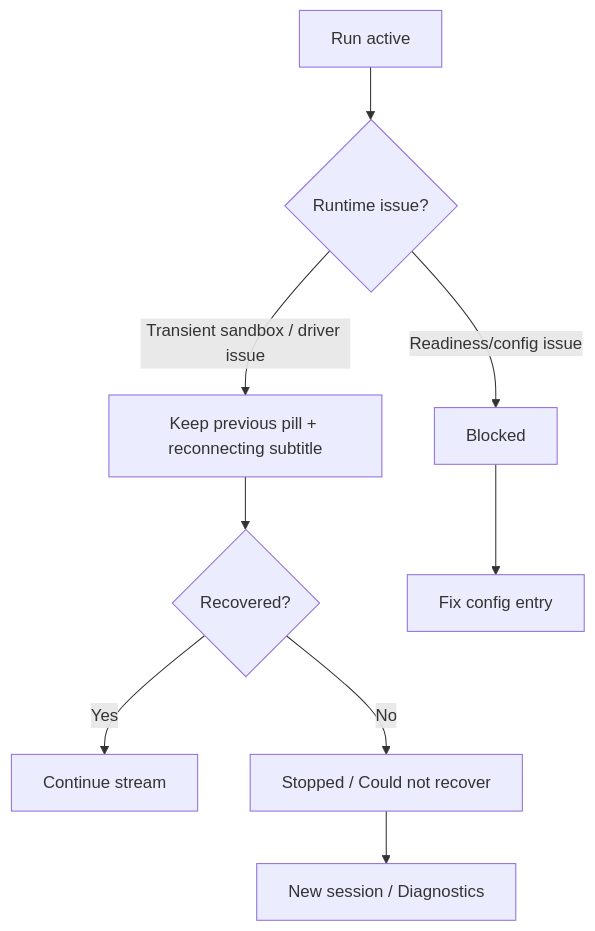
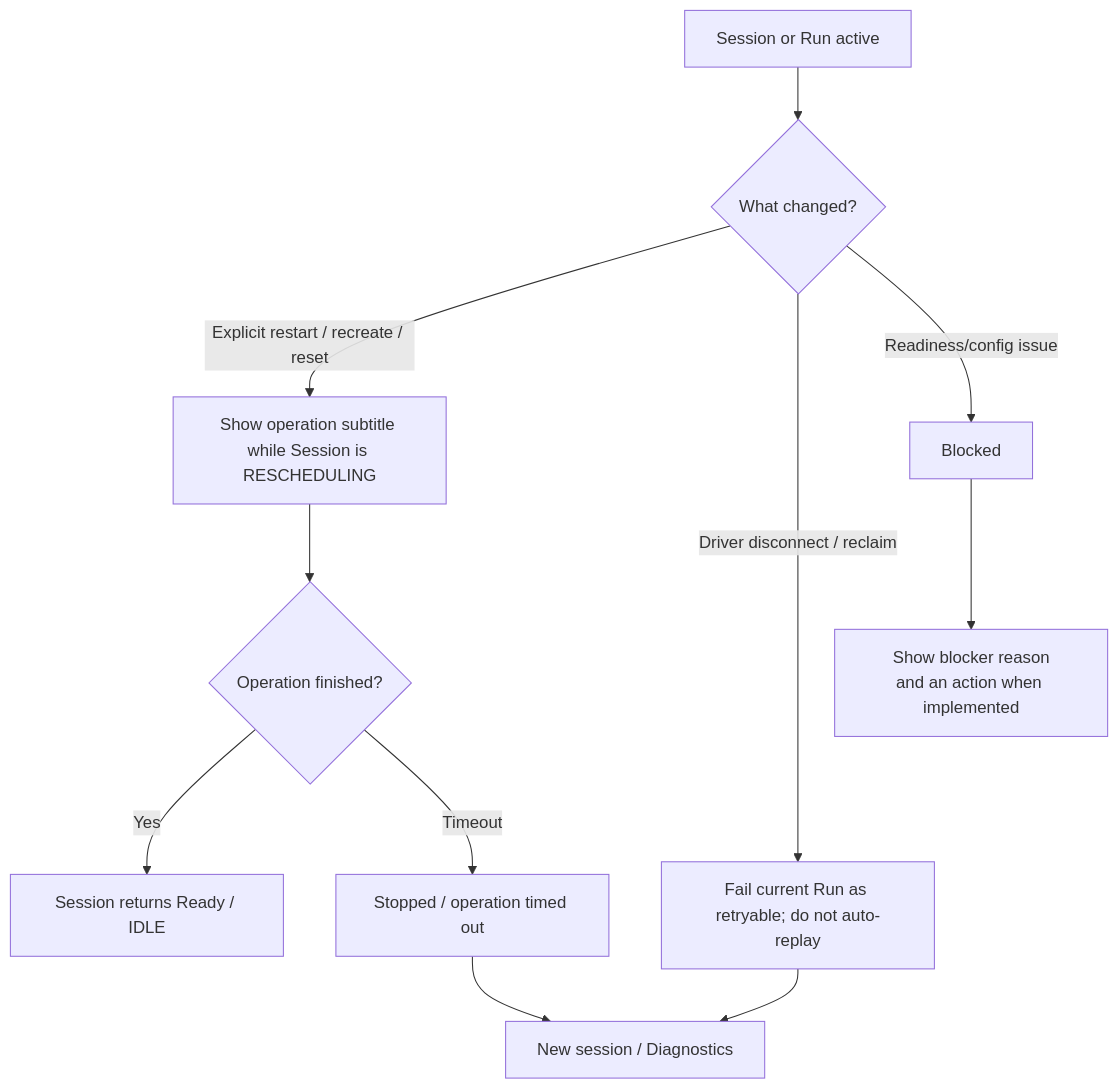
One commit to langgenius/mosoo changed the fifth of 5 diagrams in docs/prd/runtime-session-kernel.md. Above: the diagram before and after it, drawn with Mermaid. The commit also changed other lines of this file and 66 other files, not shown here.

````diff
--- a/docs/prd/runtime-session-kernel.md
+++ b/docs/prd/runtime-session-kernel.md
@@ -172,11 +184,13 @@
 ```mermaid
 flowchart TD
-  A["Run active"] --> B{"Runtime issue?"}
-  B -->|Transient sandbox / driver issue| C["Keep previous pill + reconnecting subtitle"]
-  C --> D{"Recovered?"}
-  D -->|Yes| E["Continue stream"]
-  D -->|No| F["Stopped / Could not recover"]
+  A["Session or Run active"] --> B{"What changed?"}
+  B -->|Explicit restart / recreate / reset| C["Show operation subtitle while Session is RESCHEDULING"]
+  C --> D{"Operation finished?"}
+  D -->|Yes| E["Session returns Ready / IDLE"]
+  D -->|Timeout| F["Stopped / operation timed out"]
+  B -->|Driver disconnect / reclaim| R["Fail current Run as retryable; do not auto-replay"]
+  R --> I["Retry or resend / New session / Diagnostics"]
   B -->|Readiness/config issue| G["Blocked"]
-  G --> H["Fix config entry"]
+  G --> H["Show blocker reason<br/>and an action when implemented"]
   F --> I["New session / Diagnostics"]
 ```
````
